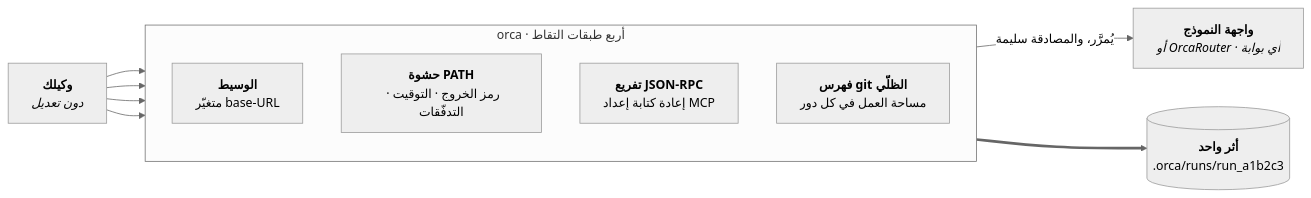
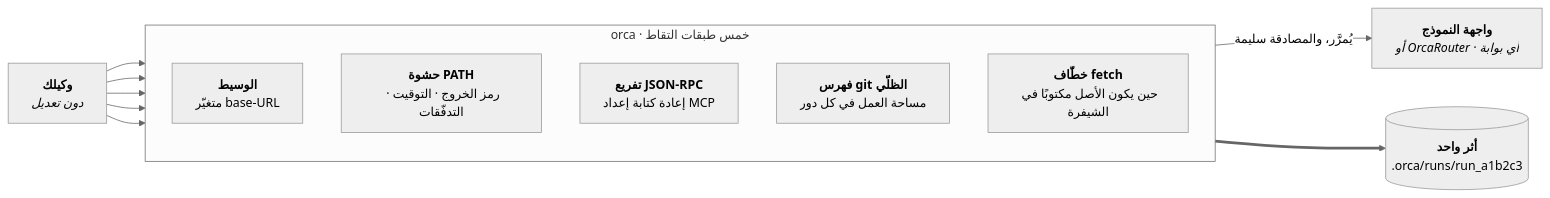
One commit to Continuum-AI-Corp/OrcaReplay changed the first of 2 diagrams in docs/i18n/README.ar.md. Above: the diagram before and after it, drawn with Mermaid. The commit also changed other lines of this file and 7 other files, not shown here.

````diff
--- a/docs/i18n/README.ar.md
+++ b/docs/i18n/README.ar.md
@@ -75,17 +75,18 @@
 ```mermaid
 %%{init: {'theme':'neutral'}}%%
 flowchart LR
     A["<b>وكيلك</b><br/><i>دون تعديل</i>"]
 
-    subgraph orca["orca · أربع طبقات التقاط"]
+    subgraph orca["orca · خمس طبقات التقاط"]
         direction TB
         P["<b>الوسيط</b><br/>متغيّر base-URL"]
         SH["<b>حشوة PATH</b><br/>رمز الخروج · التوقيت · التدفّقات"]
         MC["<b>تفريع JSON-RPC</b><br/>إعادة كتابة إعداد MCP"]
         FS["<b>فهرس git الظلّي</b><br/>مساحة العمل في كل دور"]
+        FH["<b>خطّاف fetch</b><br/>حين يكون الأصل مكتوبًا في الشيفرة"]
     end
 
-    A --> P & SH & MC & FS
+    A --> P & SH & MC & FS & FH
     P -->|"يُمرَّر، والمصادقة سليمة"| U["<b>واجهة النموذج</b><br/><i>أو OrcaRouter · أي بوابة</i>"]
     orca ==> T[("<b>أثر واحد</b><br/>.orca/runs/run_a1b2c3")]
 ```
````
